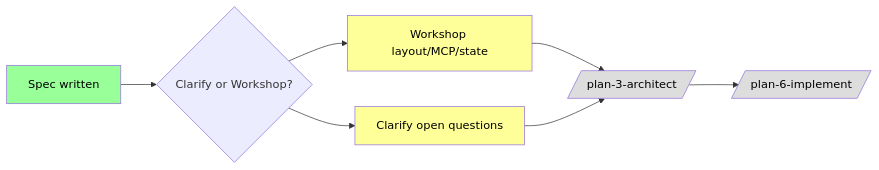
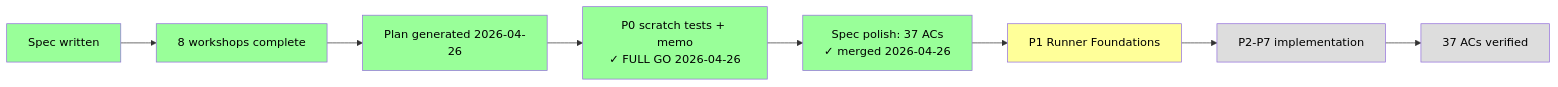
One commit to AI-Substrate/minih changed the second of 2 diagrams in docs/plans/007-backgrounding/coordination.fltplan.md. Above: the diagram before and after it, drawn with Mermaid. The commit also changed other lines of this file and 22 other files, not shown here.

````diff
--- a/docs/plans/007-backgrounding/coordination.fltplan.md
+++ b/docs/plans/007-backgrounding/coordination.fltplan.md
@@ -98,13 +144,23 @@
 ```mermaid
 graph LR
-    Spec[Spec written]:::done --> CW{Clarify or Workshop?}
-    CW --> Workshop[Workshop layout/MCP/state]:::next
-    CW --> Clarify[Clarify open questions]:::next
-    Workshop --> Plan[/plan-3-architect/]:::pending
-    Clarify --> Plan
-    Plan --> Impl[/plan-6-implement/]:::pending
+    Spec[Spec written]:::done
+    WS[8 workshops complete]:::done
+    Plan[Plan generated 2026-04-26]:::done
+    P0[P0 scratch tests + memo<br/>✓ FULL GO 2026-04-26]:::done
+    SP[Spec polish: 37 ACs<br/>✓ merged 2026-04-26]:::done
+    P1[P1 Runner Foundations]:::next
+    Phases[P2-P7 implementation]:::pending
+    Done[37 ACs verified]:::pending
+
+    Spec --> WS
+    WS --> Plan
+    Plan --> P0
+    P0 --> SP
+    SP --> P1
+    P1 --> Phases
+    Phases --> Done
 
     classDef done fill:#9f9,color:#000
     classDef next fill:#ff9,color:#000
     classDef pending fill:#ddd,color:#000
 ```
````
